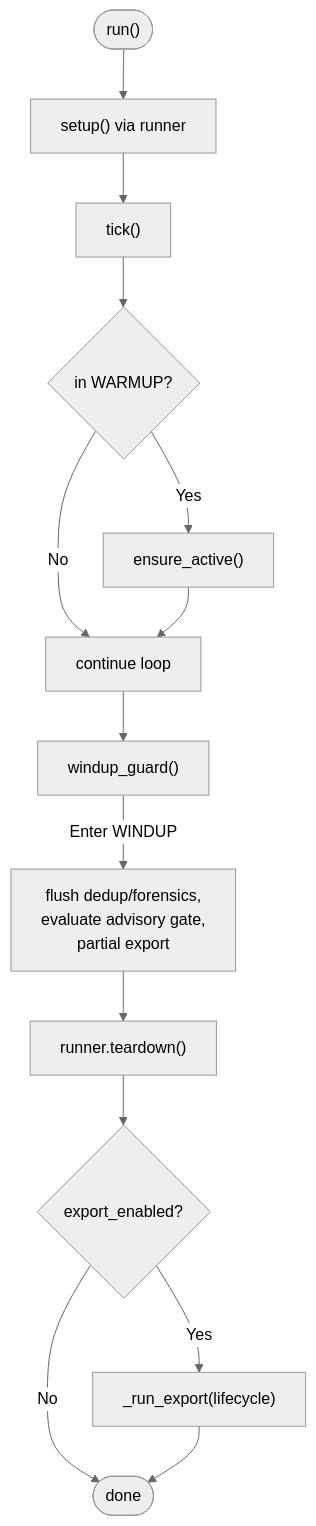
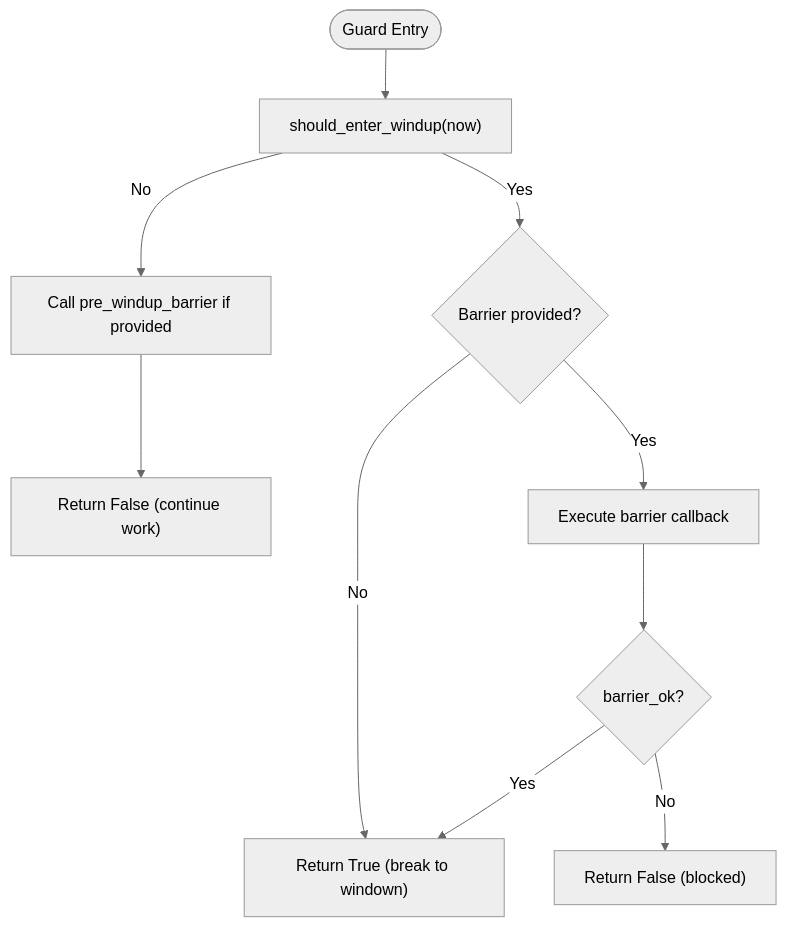
One commit to Hamulda/hledac-universal changed the fourth of 6 diagrams in .qoder/repowiki/en/content/Runtime Management/Sprint Lifecycle Management.md. Above: the diagram before and after it, drawn with Mermaid (neutral theme). The commit also changed other lines of this file and 236 other files, not shown here.

````diff
--- a/.qoder/repowiki/en/content/Runtime Management/Sprint Lifecycle Management.md
+++ b/.qoder/repowiki/en/content/Runtime Management/Sprint Lifecycle Management.md
@@ -211,16 +172,12 @@
 ```mermaid
 flowchart TD
-Start(["run()"]) --> Setup["setup() via runner"]
-Setup --> Tick["tick()"]
-Tick --> ActiveCheck{"in WARMUP?"}
-ActiveCheck --> |Yes| Promote["ensure_active()"]
-ActiveCheck --> |No| Continue["continue loop"]
-Promote --> Continue
-Continue --> WindGuard["windup_guard()"]
-WindGuard --> |Enter WINDUP| PreTeardown["flush dedup/forensics,<br/>evaluate advisory gate,<br/>partial export"]
-PreTeardown --> Teardown["runner.teardown()"]
-Teardown --> Export{"export_enabled?"}
-Export --> |Yes| RunExport["_run_export(lifecycle)"]
-Export --> |No| End(["done"])
-RunExport --> End
+Start(["Guard Entry"]) --> CheckWindup["should_enter_windup(now)"]
+CheckWindup --> |No| MaybeCallback["Call pre_windup_barrier if provided"]
+MaybeCallback --> NotTime["Return False (continue work)"]
+CheckWindup --> |Yes| HasBarrier{"Barrier provided?"}
+HasBarrier --> |No| Allow["Return True (break to windown)"]
+HasBarrier --> |Yes| ExecBarrier["Execute barrier callback"]
+ExecBarrier --> BarrierOk{"barrier_ok?"}
+BarrierOk --> |No| Block["Return False (blocked)"]
+BarrierOk --> |Yes| Allow
 ```
````
